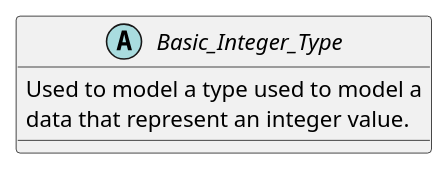
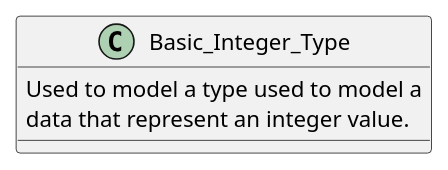
Before and after one commit to HomeMadeBots/Embedded_Software_Meta_Model: the diagram in Meta-Classes/Basic_Integer_Type.puml, drawn with PlantUML. The commit also changed 7 other files, not shown here.

```diff
--- a/Meta-Classes/Basic_Integer_Type.puml
+++ b/Meta-Classes/Basic_Integer_Type.puml
@@ -1,9 +1,9 @@
 @startuml
 
-abstract class Basic_Integer_Type
+class Basic_Integer_Type
 {
   Used to model a type used to model a
   data that represent an integer value.
 }
 
 @enduml
```
